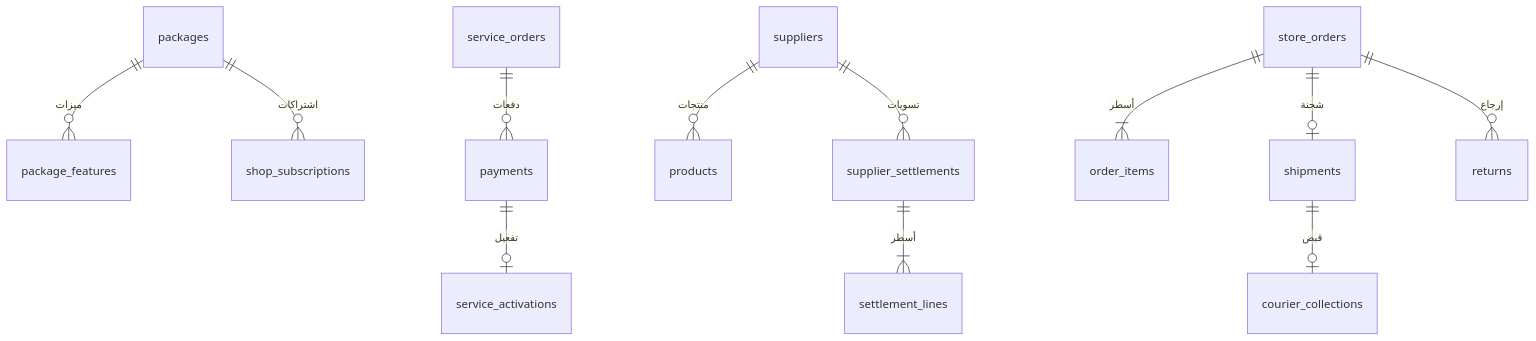
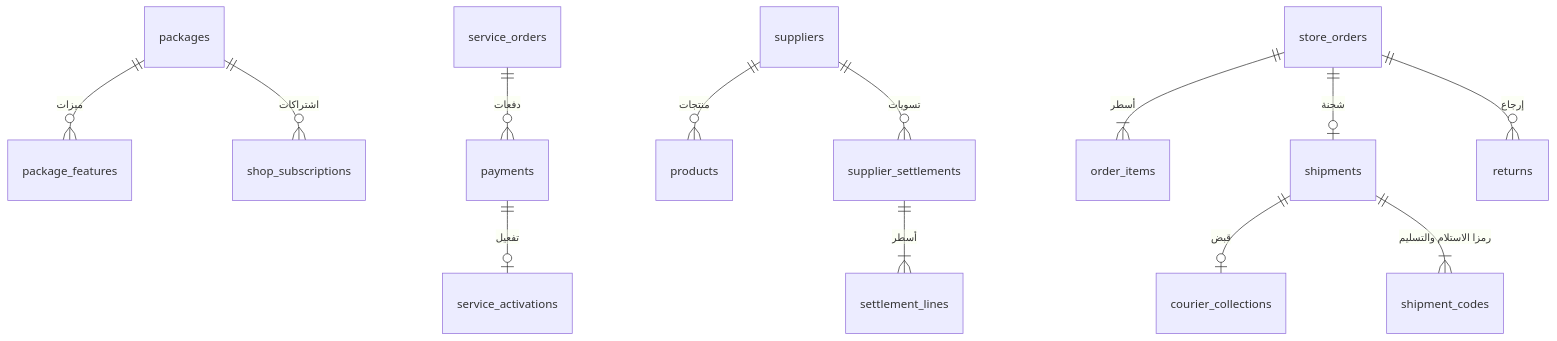
One commit to servacode/imei changed the sixth of 9 diagrams in docs/09-data-model.md. Above: the diagram before and after it, drawn with Mermaid. The commit also changed other lines of this file and 9 other files, not shown here.

````diff
--- a/docs/09-data-model.md
+++ b/docs/09-data-model.md
@@ -175,14 +175,15 @@
 ```mermaid
 erDiagram
     packages ||--o{ package_features : "ميزات"
     packages ||--o{ shop_subscriptions : "اشتراكات"
     service_orders ||--o{ payments : "دفعات"
     payments ||--o| service_activations : "تفعيل"
     suppliers ||--o{ products : "منتجات"
     store_orders ||--|{ order_items : "أسطر"
     store_orders ||--o| shipments : "شحنة"
     shipments ||--o| courier_collections : "قبض"
+    shipments ||--|{ shipment_codes : "رمزا الاستلام والتسليم"
     store_orders ||--o{ returns : "إرجاع"
     suppliers ||--o{ supplier_settlements : "تسويات"
     supplier_settlements ||--|{ settlement_lines : "أسطر"
 ```
````
